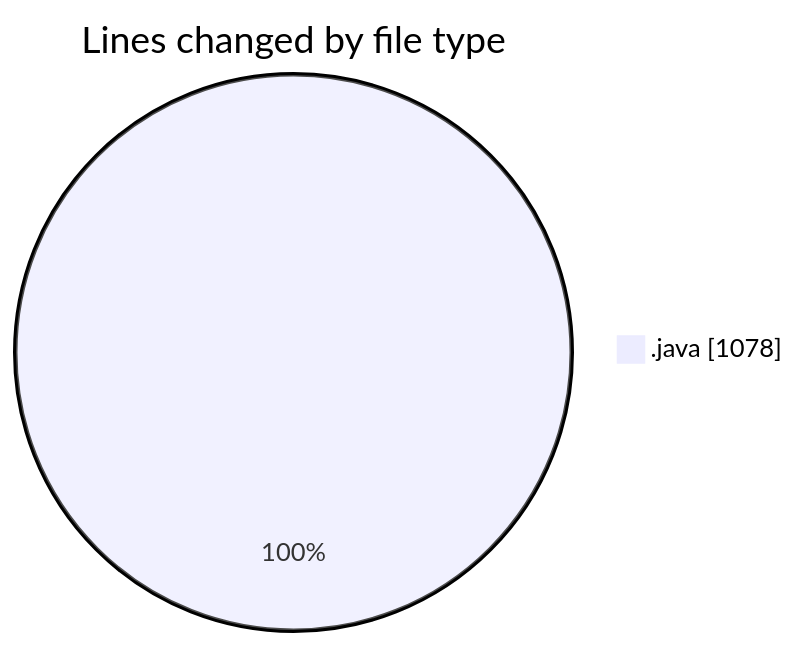
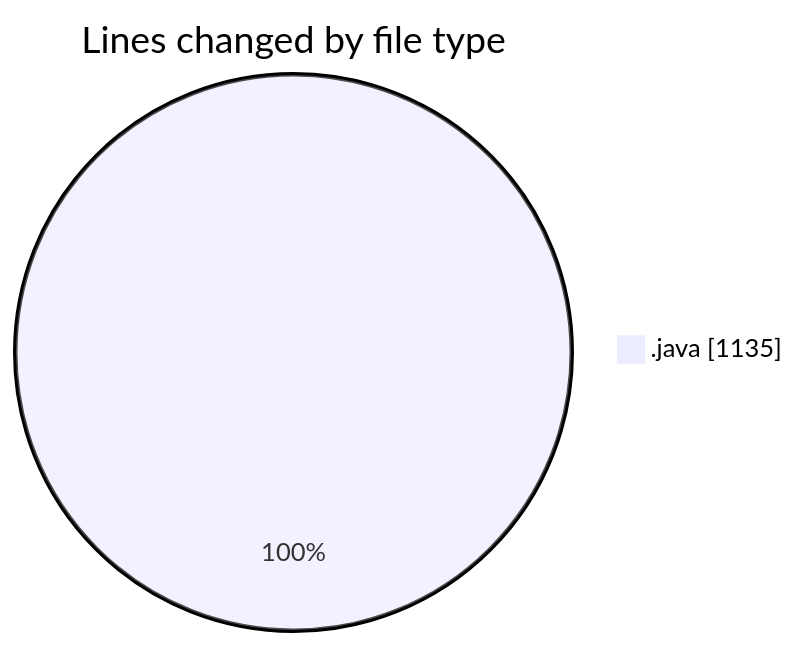
Before and after one commit to ricardozamudiocil/code-tracking: the first of 2 diagrams in 2026-03-31/cilapp/README.md, drawn with Mermaid. The commit also changed other lines of this file and 1 other file, not shown here.

````diff
--- a/2026-03-31/cilapp/README.md
+++ b/2026-03-31/cilapp/README.md
@@ -20,5 +20,5 @@
 ```mermaid
 pie showData
 title Lines changed by file type
-".java" : 1078
+".java" : 1135
 ```
````
